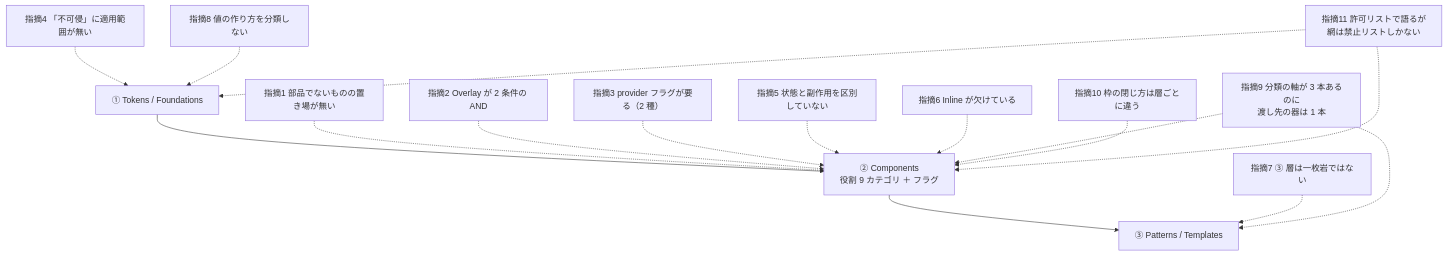
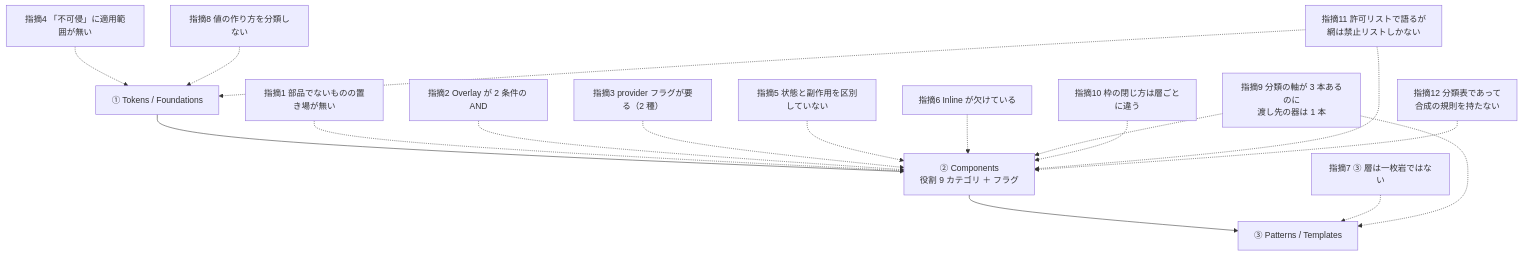
The diagram in docs/共通コンポーネント思想への指摘.md (yatami0/design), drawn with Mermaid before and after one commit. The commit also changed other lines of this file and 14 other files, not shown here.

````diff
--- a/docs/共通コンポーネント思想への指摘.md
+++ b/docs/共通コンポーネント思想への指摘.md
@@ -358,22 +381,23 @@
 ```mermaid
 flowchart TD
   T1["① Tokens / Foundations"]
   T2["② Components<br/>役割 9 カテゴリ ＋ フラグ"]
   T3["③ Patterns / Templates"]
 
   T1 --> T2 --> T3
 
   P4["指摘4 「不可侵」に適用範囲が無い"] -.-> T1
   P8["指摘8 値の作り方を分類しない"] -.-> T1
   P1["指摘1 部品でないものの置き場が無い"] -.-> T2
   P2["指摘2 Overlay が 2 条件の AND"] -.-> T2
   P3["指摘3 provider フラグが要る（2 種）"] -.-> T2
   P5["指摘5 状態と副作用を区別していない"] -.-> T2
   P6["指摘6 Inline が欠けている"] -.-> T2
   P7["指摘7 ③ 層は一枚岩ではない"] -.-> T3
   P9["指摘9 分類の軸が 3 本あるのに<br/>渡し先の器は 1 本"] -.-> T2
   P9 -.-> T3
   P10["指摘10 枠の閉じ方は層ごとに違う"] -.-> T2
   P11["指摘11 許可リストで語るが<br/>網は禁止リストしかない"] -.-> T1
   P11 -.-> T2
+  P12["指摘12 分類表であって<br/>合成の規則を持たない"] -.-> T2
 ```
````
